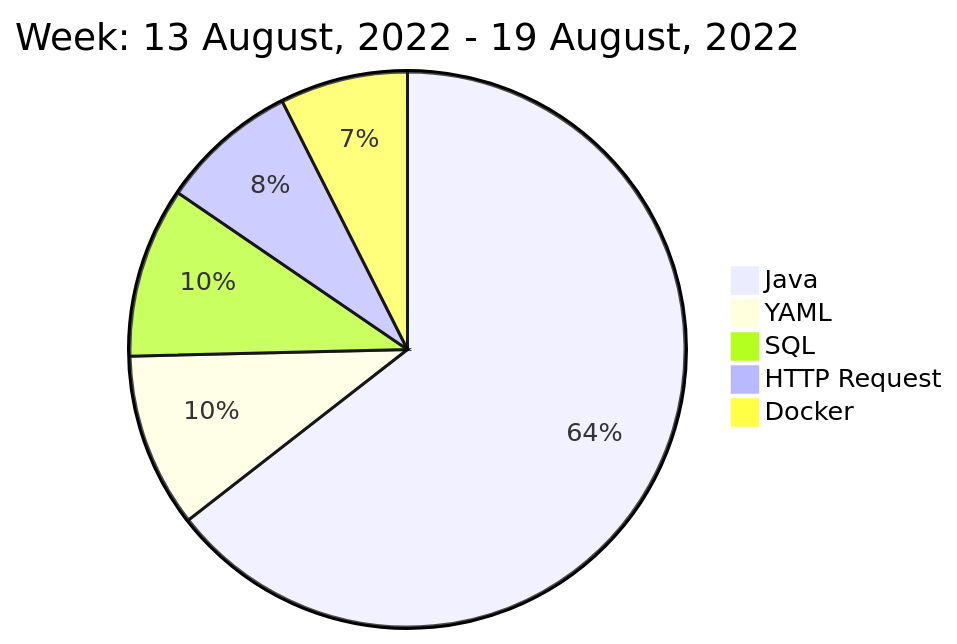
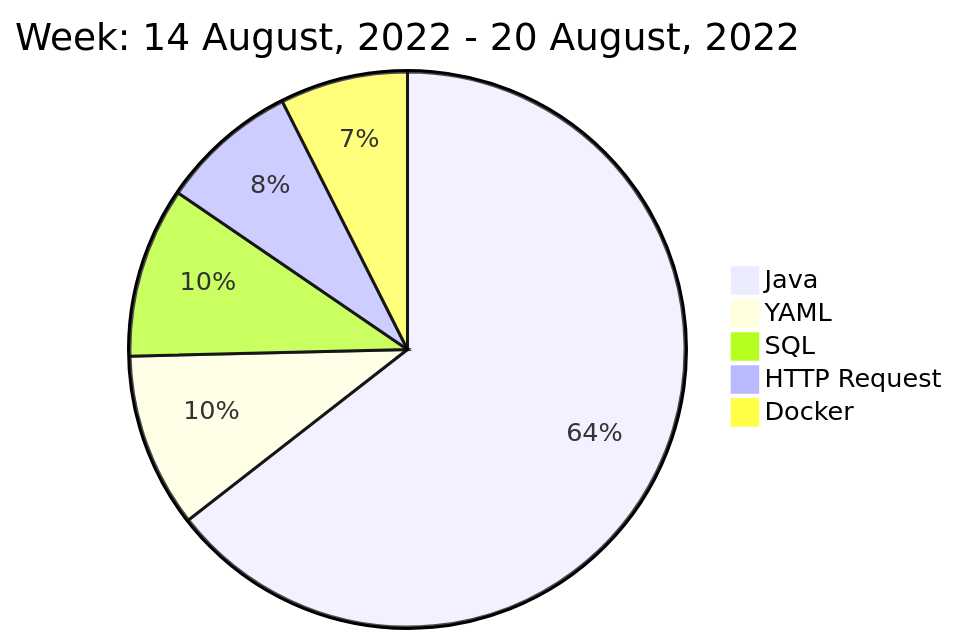
Before and after one commit to liubin95/liubin95: the diagram in README.md, drawn with Mermaid.

Commit message:
Updated the Graph with new Metrics

````diff
--- a/README.md
+++ b/README.md
@@ -40,9 +40,9 @@
 ```mermaid
  pie
-title Week: 13 August, 2022 - 19 August, 2022
+title Week: 14 August, 2022 - 20 August, 2022
  "Java" : 14.3
  "YAML" : 2.25
  "SQL" : 2.2
  "HTTP Request" : 1.78
  "Docker" : 1.65
 ```
````
